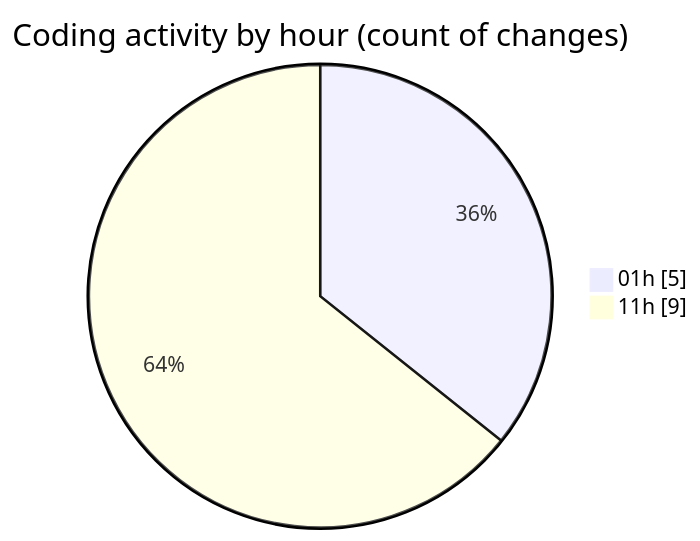
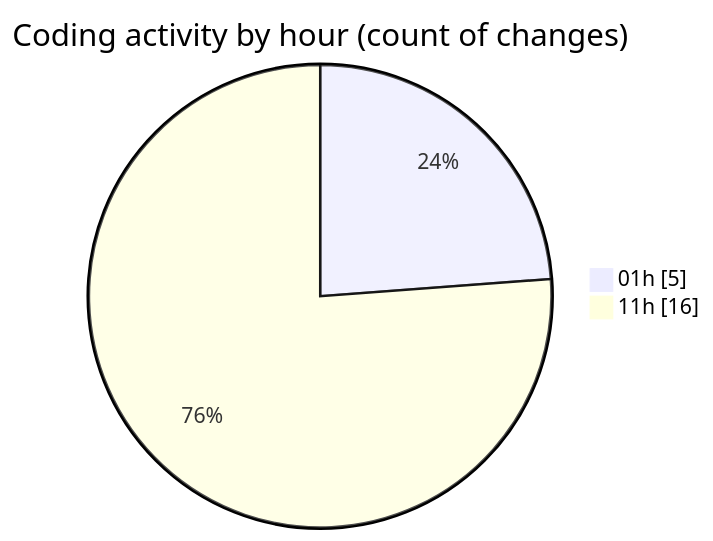
Before and after one commit to Netris89/code-tracking: the second of 2 diagrams in 2025-04-26/echo/README.md, drawn with Mermaid. The commit also changed other lines of this file and 1 other file, not shown here.

````diff
--- a/2025-04-26/echo/README.md
+++ b/2025-04-26/echo/README.md
@@ -28,6 +30,6 @@
 ```mermaid
 pie showData
 title Coding activity by hour (count of changes)
 "01h" : 5
-"11h" : 9
+"11h" : 16
 ```
````
